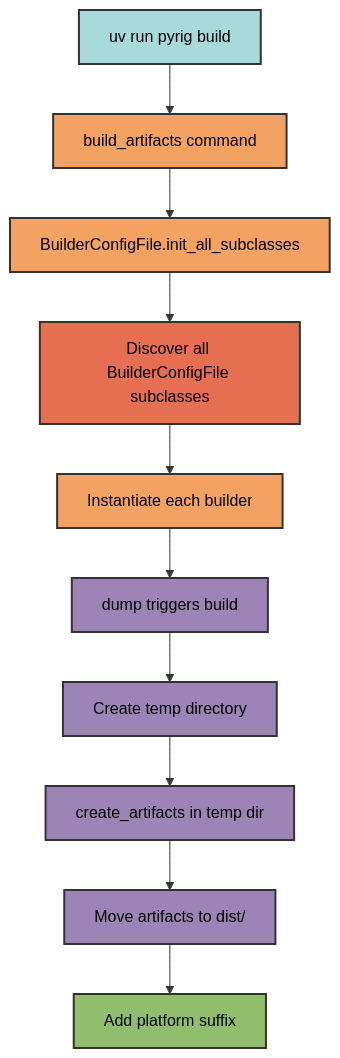
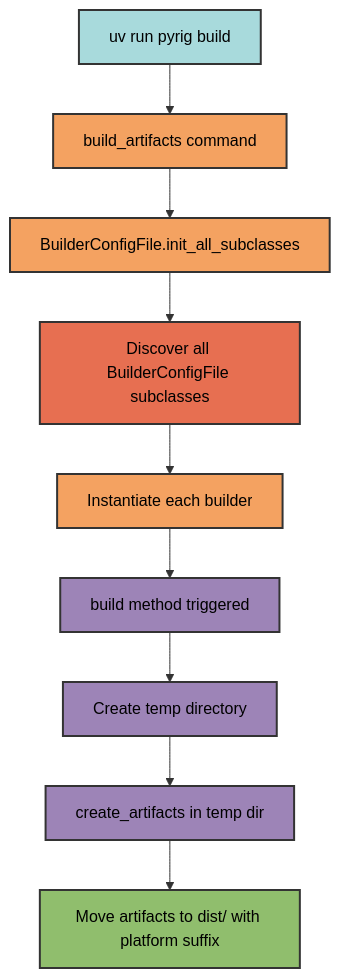
One commit to Winipedia/pyrig changed the first of 2 diagrams in docs/builders/architecture.md. Above: the diagram before and after it, drawn with Mermaid. The commit also changed other lines of this file and 2 other files, not shown here.

````diff
--- a/docs/builders/architecture.md
+++ b/docs/builders/architecture.md
@@ -9,23 +9,21 @@
 ```mermaid
 graph TD
     A[uv run pyrig build] --> B[build_artifacts command]
     B --> C[BuilderConfigFile.init_all_subclasses]
     C --> D[Discover all BuilderConfigFile subclasses]
     D --> E[Instantiate each builder]
-    E --> F[dump triggers build]
+    E --> F[build method triggered]
     F --> G[Create temp directory]
     G --> H[create_artifacts in temp dir]
-    H --> I[Move artifacts to dist/]
-    I --> J[Add platform suffix]
+    H --> I[Move artifacts to dist/ with platform suffix]
 
     style A fill:#a8dadc,stroke:#333,stroke-width:2px,color:#000
     style B fill:#f4a261,stroke:#333,stroke-width:2px,color:#000
     style C fill:#f4a261,stroke:#333,stroke-width:2px,color:#000
     style D fill:#e76f51,stroke:#333,stroke-width:2px,color:#000
     style E fill:#f4a261,stroke:#333,stroke-width:2px,color:#000
     style F fill:#9d84b7,stroke:#333,stroke-width:2px,color:#000
     style G fill:#9d84b7,stroke:#333,stroke-width:2px,color:#000
     style H fill:#9d84b7,stroke:#333,stroke-width:2px,color:#000
-    style I fill:#9d84b7,stroke:#333,stroke-width:2px,color:#000
-    style J fill:#90be6d,stroke:#333,stroke-width:2px,color:#000
+    style I fill:#90be6d,stroke:#333,stroke-width:2px,color:#000
 ```
````
